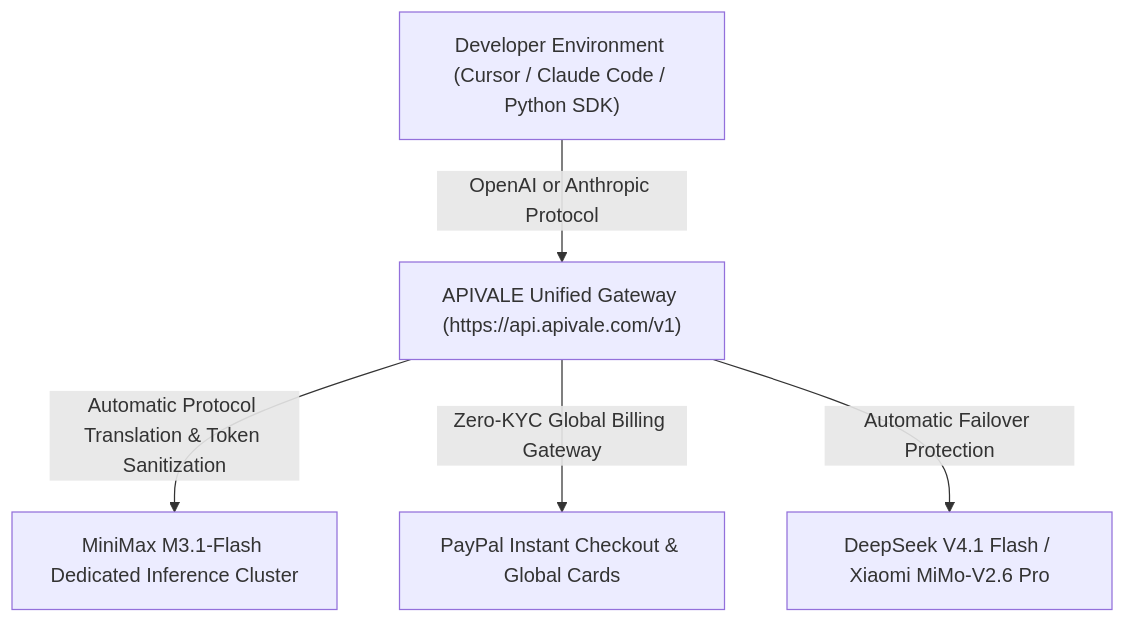
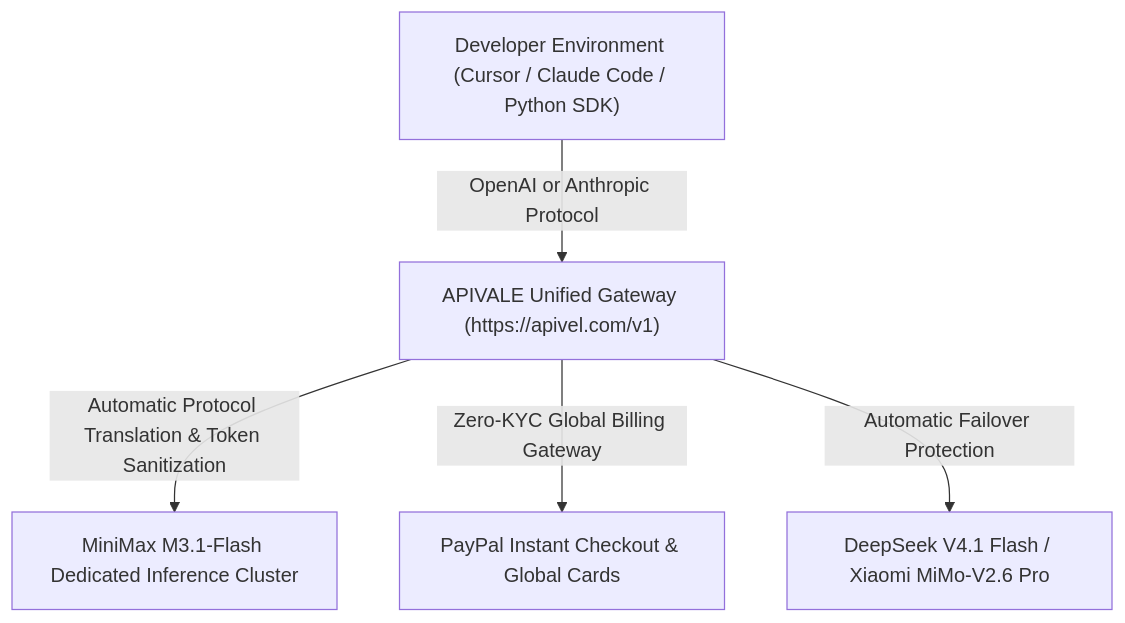
One commit to bshx2024/apivel_blog changed the diagram in src/content/blog/minimax-m3-1-flash-preview-api-setup.md. Above: the diagram before and after it, drawn with Mermaid. The commit also changed other lines of this file and 77 other files, not shown here.

Commit message:
fix(docs): update all model API base URLs to https://apivel.com/v1

````diff
--- a/src/content/blog/minimax-m3-1-flash-preview-api-setup.md
+++ b/src/content/blog/minimax-m3-1-flash-preview-api-setup.md
@@ -202,7 +202,7 @@
 ```mermaid
 graph TD
-    A["Developer Environment (Cursor / Claude Code / Python SDK)"] -->|OpenAI or Anthropic Protocol| B["APIVALE Unified Gateway (https://api.apivale.com/v1)"]
+    A["Developer Environment (Cursor / Claude Code / Python SDK)"] -->|OpenAI or Anthropic Protocol| B["APIVALE Unified Gateway (https://apivel.com/v1)"]
     B -->|Automatic Protocol Translation & Token Sanitization| C["MiniMax M3.1-Flash Dedicated Inference Cluster"]
     B -->|Zero-KYC Global Billing Gateway| D["PayPal Instant Checkout & Global Cards"]
     B -->|Automatic Failover Protection| E["DeepSeek V4.1 Flash / Xiaomi MiMo-V2.6 Pro"]
 ```
````
